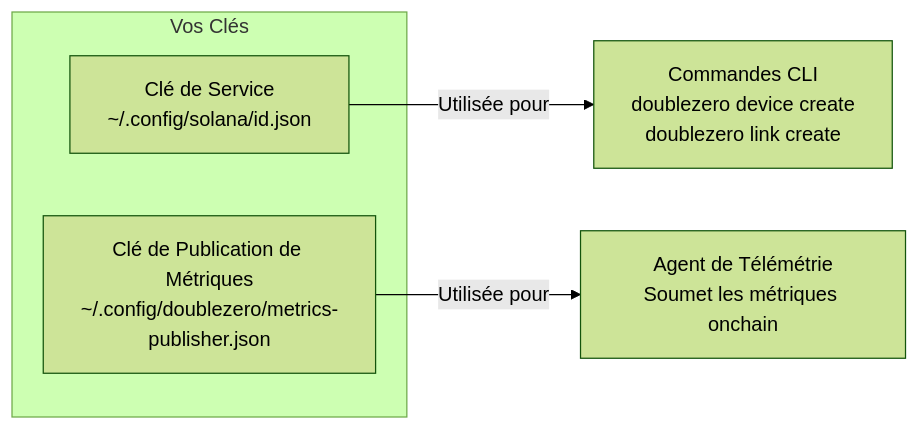
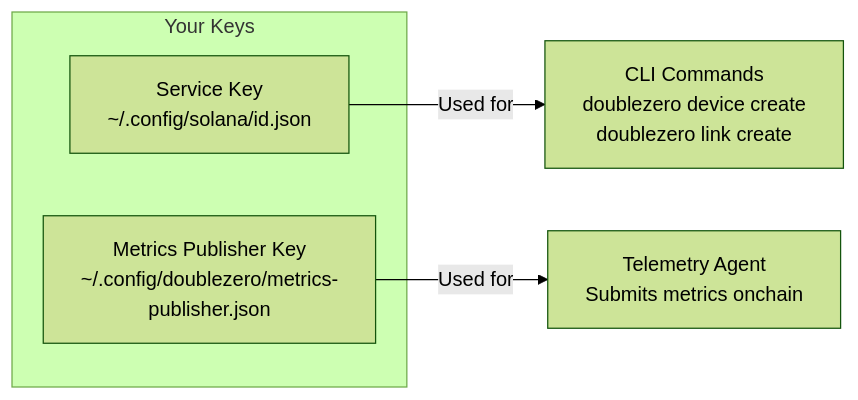
The fourth of 13 diagrams in docs/contribute-provisioning.fr.md (malbeclabs/docs), drawn with Mermaid (forest theme) before and after one commit. The commit also changed other lines of this file and 160 other files, not shown here.

````diff
--- a/docs/contribute-provisioning.fr.md
+++ b/docs/contribute-provisioning.fr.md
@@ -166,10 +205,10 @@
 ```mermaid
 flowchart LR
-    subgraph "Vos Clés"
-        SK[Clé de Service<br/>~/.config/solana/id.json]
-        MK[Clé de Publication de Métriques<br/>~/.config/doublezero/metrics-publisher.json]
+    subgraph "Your Keys"
+        SK[Service Key<br/>~/.config/solana/id.json]
+        MK[Metrics Publisher Key<br/>~/.config/doublezero/metrics-publisher.json]
     end
 
-    SK -->|Utilisée pour| CLI[Commandes CLI<br/>doublezero device create<br/>doublezero link create]
-    MK -->|Utilisée pour| TEL[Agent de Télémétrie<br/>Soumet les métriques onchain]
+    SK -->|Used for| CLI[CLI Commands<br/>doublezero device create<br/>doublezero link create]
+    MK -->|Used for| TEL[Telemetry Agent<br/>Submits metrics onchain]
 ```
````
